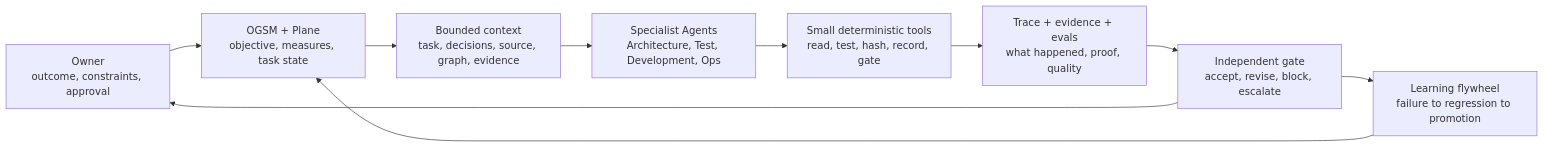
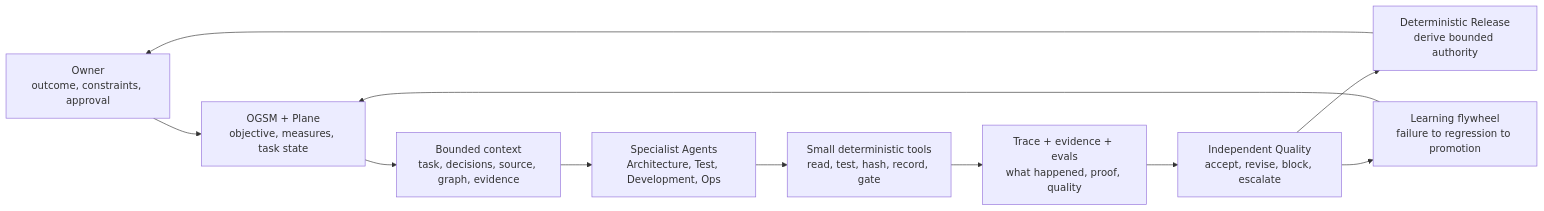
Before and after one commit to Derrickxxm/quantengine-public: the diagram in README.md, drawn with Mermaid. The commit also changed other lines of this file and 1 other file, not shown here.

Commit message:
docs: align public claims, authority, and synthetic boundaries

````diff
--- a/README.md
+++ b/README.md
@@ -160,12 +162,13 @@
 ```mermaid
 flowchart LR
     Owner["Owner<br/>outcome, constraints, approval"] --> Goal["OGSM + Plane<br/>objective, measures, task state"]
     Goal --> Context["Bounded context<br/>task, decisions, source, graph, evidence"]
     Context --> Agents["Specialist Agents<br/>Architecture, Test, Development, Ops"]
     Agents --> Tools["Small deterministic tools<br/>read, test, hash, record, gate"]
     Tools --> Evidence["Trace + evidence + evals<br/>what happened, proof, quality"]
-    Evidence --> Gate["Independent gate<br/>accept, revise, block, escalate"]
-    Gate --> Owner
-    Gate --> Learn["Learning flywheel<br/>failure to regression to promotion"]
+    Evidence --> Quality["Independent Quality<br/>accept, revise, block, escalate"]
+    Quality --> Release["Deterministic Release<br/>derive bounded authority"]
+    Release --> Owner
+    Quality --> Learn["Learning flywheel<br/>failure to regression to promotion"]
     Learn --> Goal
 ```
````
